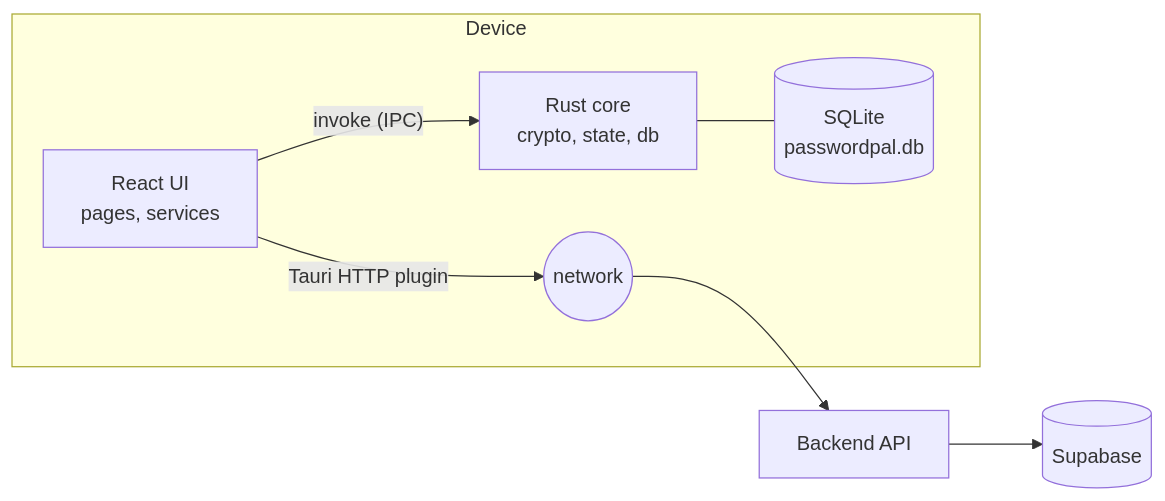
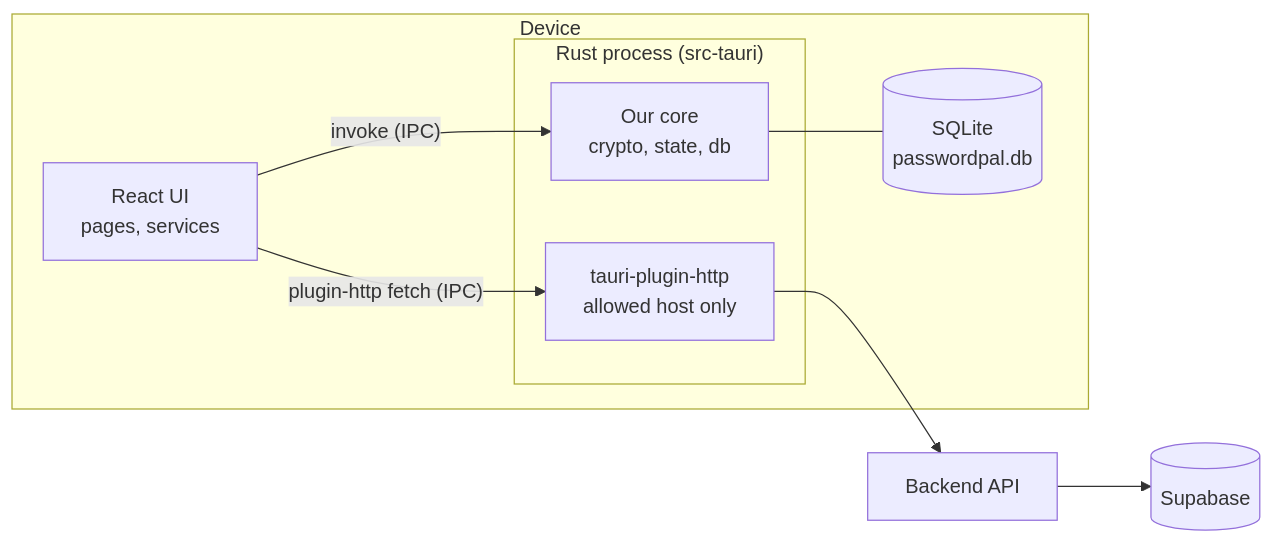
The first of 3 diagrams in docs/ARCHITECTURE.md (USER1043/PasswordPal_Frontend), drawn with Mermaid before and after one commit. The commit also changed other lines of this file, not shown here.

Commit message:
docs(architecture): show the HTTP plugin inside the Rust process
The diagram drew the UI talking straight to the network. The request is made by
tauri-plugin-http in Rust, separate from the crypto core and without key access.

Claude-Session: https://claude.ai/code/session_01JRXpVFvwVX9q5VjfEaHHJj

````diff
--- a/docs/ARCHITECTURE.md
+++ b/docs/ARCHITECTURE.md
@@ -5,10 +5,16 @@
 ```mermaid
 flowchart LR
     subgraph Device
-        UI["React UI<br/>pages, services"] -- "invoke (IPC)" --> Core["Rust core<br/>crypto, state, db"]
-        Core --- DB[("SQLite<br/>passwordpal.db")]
-        UI -- "Tauri HTTP plugin" --> Net(("network"))
+        UI["React UI<br/>pages, services"]
+        subgraph Native["Rust process (src-tauri)"]
+            Core["Our core<br/>crypto, state, db"]
+            HTTP["tauri-plugin-http<br/>allowed host only"]
+        end
+        DB[("SQLite<br/>passwordpal.db")]
+        UI -- "invoke (IPC)" --> Core
+        UI -- "plugin-http fetch (IPC)" --> HTTP
+        Core --- DB
     end
-    Net --> API["Backend API"]
+    HTTP --> API["Backend API"]
     API --> SB[("Supabase")]
 ```
````
